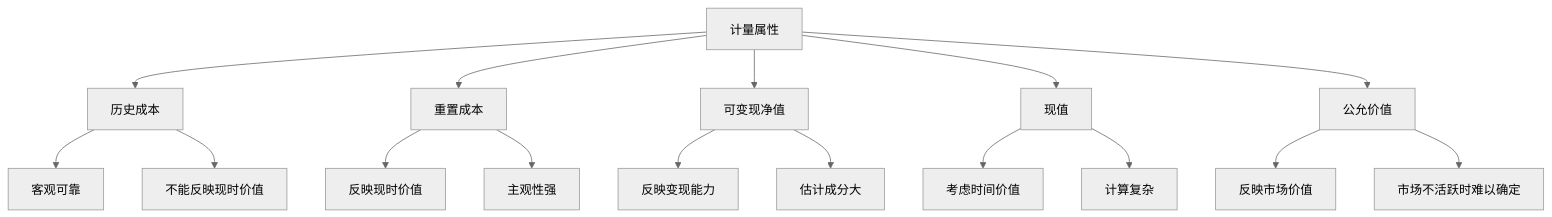
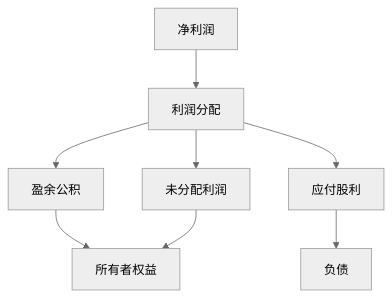
The tenth of 10 diagrams in 会计学/01-基础认知层/会计要素与等式/03-要素关系图解.md (Anping2017/obsidian), drawn with Mermaid (neutral theme) before and after one commit. The commit also changed other lines of this file and 22 other files, not shown here.

````diff
--- a/会计学/01-基础认知层/会计要素与等式/03-要素关系图解.md
+++ b/会计学/01-基础认知层/会计要素与等式/03-要素关系图解.md
@@ -289,23 +231,13 @@
 ```mermaid
 graph TD
-    A[计量属性] --> B[历史成本]
-    A --> C[重置成本]
-    A --> D[可变现净值]
-    A --> E[现值]
-    A --> F[公允价值]
+    A[净利润] --> B[利润分配]
     
-    B --> G[客观可靠]
-    B --> H[不能反映现时价值]
+    B --> C[盈余公积]
+    B --> D[应付股利]
+    B --> E[未分配利润]
     
-    C --> I[反映现时价值]
-    C --> J[主观性强]
+    C --> F[所有者权益]
+    E --> F
     
-    D --> K[反映变现能力]
-    D --> L[估计成分大]
-    
-    E --> M[考虑时间价值]
-    E --> N[计算复杂]
-    
-    F --> O[反映市场价值]
-    F --> P[市场不活跃时难以确定]
+    D --> G[负债]
 ```
````
